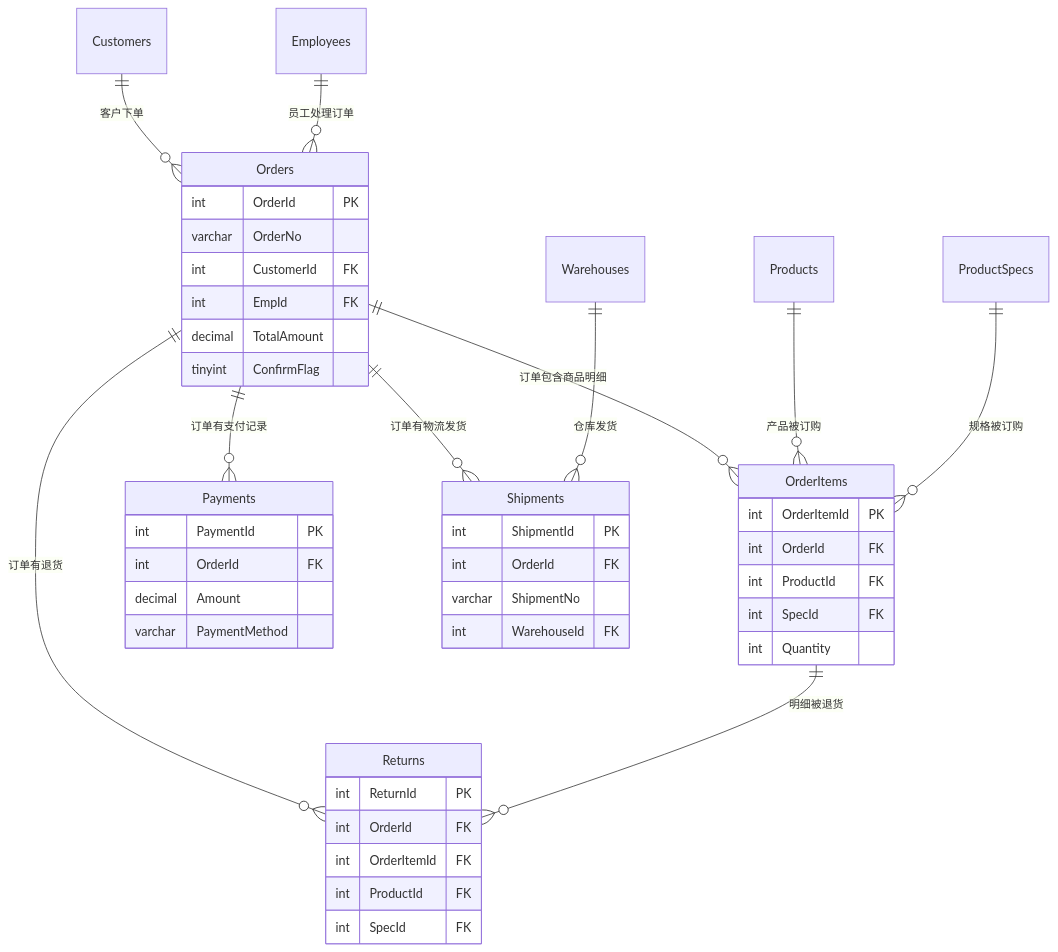
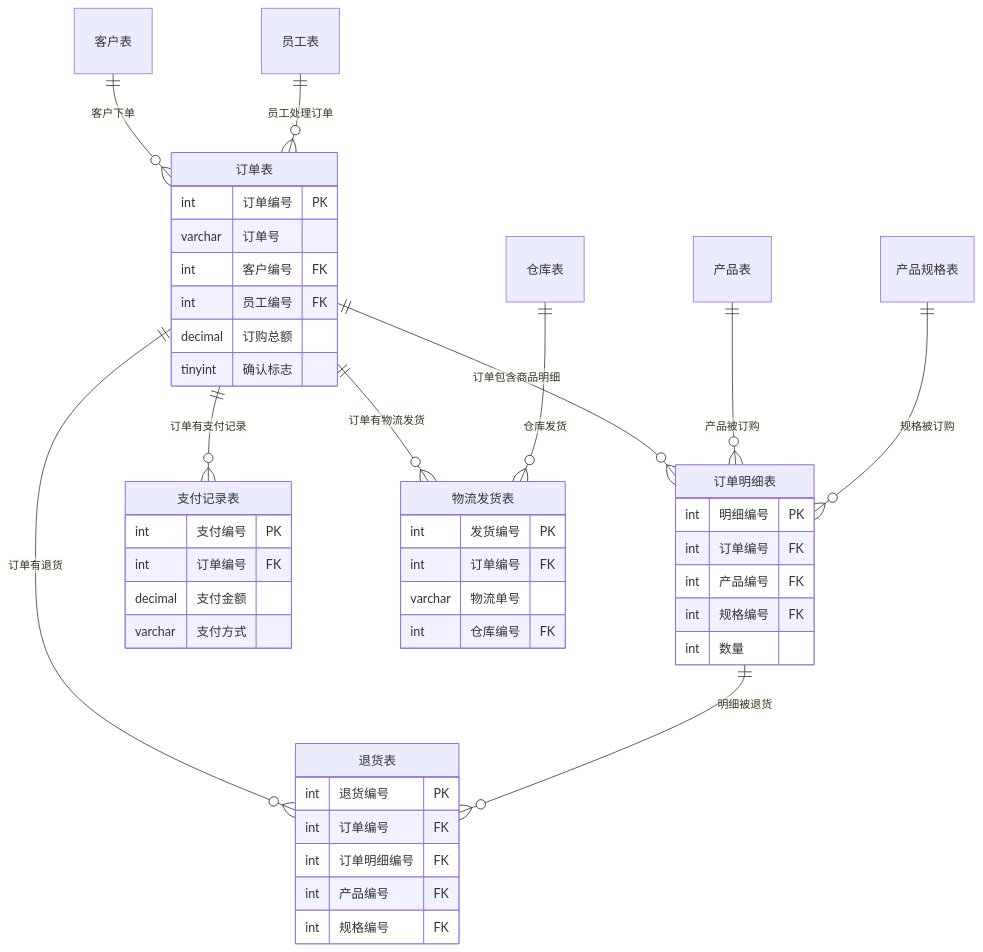
One commit to yangboyuth/effective-palm-tree changed the fifth of 8 diagrams in KCGL_ER.md. Above: the diagram before and after it, drawn with Mermaid. The commit also changed other lines of this file, not shown here.

````diff
--- a/KCGL_ER.md
+++ b/KCGL_ER.md
@@ -146,48 +146,48 @@
 ```mermaid
 erDiagram
-    Customers ||--o{ Orders : "客户下单"
-    Employees ||--o{ Orders : "员工处理订单"
-    Orders ||--o{ OrderItems : "订单包含商品明细"
-    Products ||--o{ OrderItems : "产品被订购"
-    ProductSpecs ||--o{ OrderItems : "规格被订购"
-    Orders ||--o{ Payments : "订单有支付记录"
-    Orders ||--o{ Shipments : "订单有物流发货"
-    Warehouses ||--o{ Shipments : "仓库发货"
-    Orders ||--o{ Returns : "订单有退货"
-    OrderItems ||--o{ Returns : "明细被退货"
+    "客户表" ||--o{ "订单表" : "客户下单"
+    "员工表" ||--o{ "订单表" : "员工处理订单"
+    "订单表" ||--o{ "订单明细表" : "订单包含商品明细"
+    "产品表" ||--o{ "订单明细表" : "产品被订购"
+    "产品规格表" ||--o{ "订单明细表" : "规格被订购"
+    "订单表" ||--o{ "支付记录表" : "订单有支付记录"
+    "订单表" ||--o{ "物流发货表" : "订单有物流发货"
+    "仓库表" ||--o{ "物流发货表" : "仓库发货"
+    "订单表" ||--o{ "退货表" : "订单有退货"
+    "订单明细表" ||--o{ "退货表" : "明细被退货"
 
-    Orders {
-        int OrderId PK
-        varchar OrderNo
-        int CustomerId FK
-        int EmpId FK
-        decimal TotalAmount
-        tinyint ConfirmFlag
+    "订单表" {
+        int 订单编号 PK
+        varchar 订单号
+        int 客户编号 FK
+        int 员工编号 FK
+        decimal 订购总额
+        tinyint 确认标志
     }
-    OrderItems {
-        int OrderItemId PK
-        int OrderId FK
-        int ProductId FK
-        int SpecId FK
-        int Quantity
+    "订单明细表" {
+        int 明细编号 PK
+        int 订单编号 FK
+        int 产品编号 FK
+        int 规格编号 FK
+        int 数量
     }
-    Payments {
-        int PaymentId PK
-        int OrderId FK
-        decimal Amount
-        varchar PaymentMethod
+    "支付记录表" {
+        int 支付编号 PK
+        int 订单编号 FK
+        decimal 支付金额
+        varchar 支付方式
     }
-    Shipments {
-        int ShipmentId PK
-        int OrderId FK
-        varchar ShipmentNo
-        int WarehouseId FK
+    "物流发货表" {
+        int 发货编号 PK
+        int 订单编号 FK
+        varchar 物流单号
+        int 仓库编号 FK
     }
-    Returns {
-        int ReturnId PK
-        int OrderId FK
-        int OrderItemId FK
-        int ProductId FK
-        int SpecId FK
+    "退货表" {
+        int 退货编号 PK
+        int 订单编号 FK
+        int 订单明细编号 FK
+        int 产品编号 FK
+        int 规格编号 FK
     }
 ```
````
